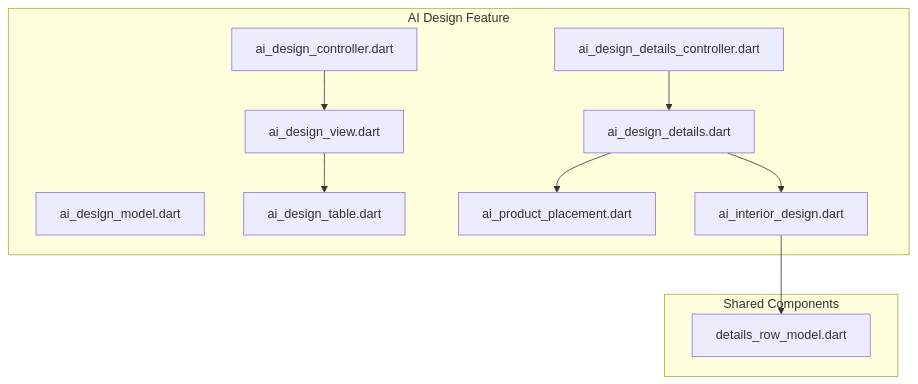
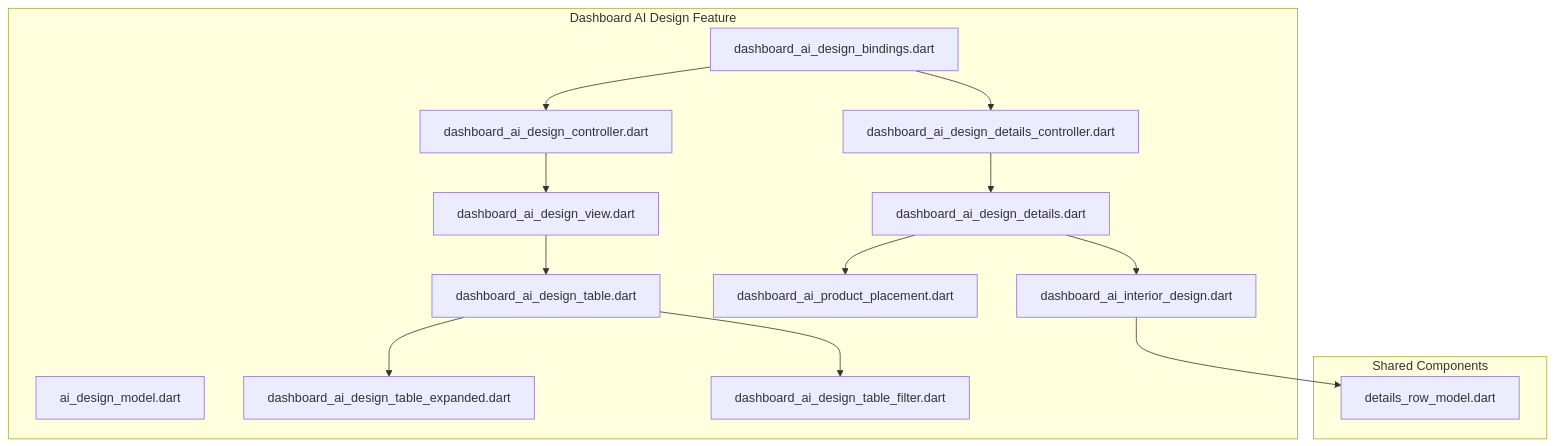
One commit to Ariful3111/FurniGo changed the first of 13 diagrams in .qoder/repowiki/en/content/Core Features/AI Design Services/Design Customization and Preview.md. Above: the diagram before and after it, drawn with Mermaid. The commit also changed other lines of this file and 67 other files, not shown here.

````diff
--- a/.qoder/repowiki/en/content/Core Features/AI Design Services/Design Customization and Preview.md
+++ b/.qoder/repowiki/en/content/Core Features/AI Design Services/Design Customization and Preview.md
@@ -38,22 +49,29 @@
 ```mermaid
 graph TB
-subgraph "AI Design Feature"
-AC["ai_design_controller.dart"]
-ADC["ai_design_details_controller.dart"]
+subgraph "Dashboard AI Design Feature"
+DADB["dashboard_ai_design_bindings.dart"]
+DAC["dashboard_ai_design_controller.dart"]
+DADC["dashboard_ai_design_details_controller.dart"]
 ADM["ai_design_model.dart"]
-ADV["ai_design_view.dart"]
-ADD["ai_design_details.dart"]
-ADT["ai_design_table.dart"]
-APP["ai_product_placement.dart"]
-AID["ai_interior_design.dart"]
+DAV["dashboard_ai_design_view.dart"]
+DAD["dashboard_ai_design_details.dart"]
+DAT["dashboard_ai_design_table.dart"]
+DAE["dashboard_ai_design_table_expanded.dart"]
+DAF["dashboard_ai_design_table_filter.dart"]
+DAPP["dashboard_ai_product_placement.dart"]
+DAID["dashboard_ai_interior_design.dart"]
 end
 subgraph "Shared Components"
 DRM["details_row_model.dart"]
 end
-AC --> ADV
-ADC --> ADD
-ADV --> ADT
-ADD --> APP
-ADD --> AID
-AID --> DRM
+DADB --> DAC
+DADB --> DADC
+DAC --> DAV
+DADC --> DAD
+DAV --> DAT
+DAT --> DAE
+DAT --> DAF
+DAD --> DAPP
+DAD --> DAID
+DAID --> DRM
 ```
````
